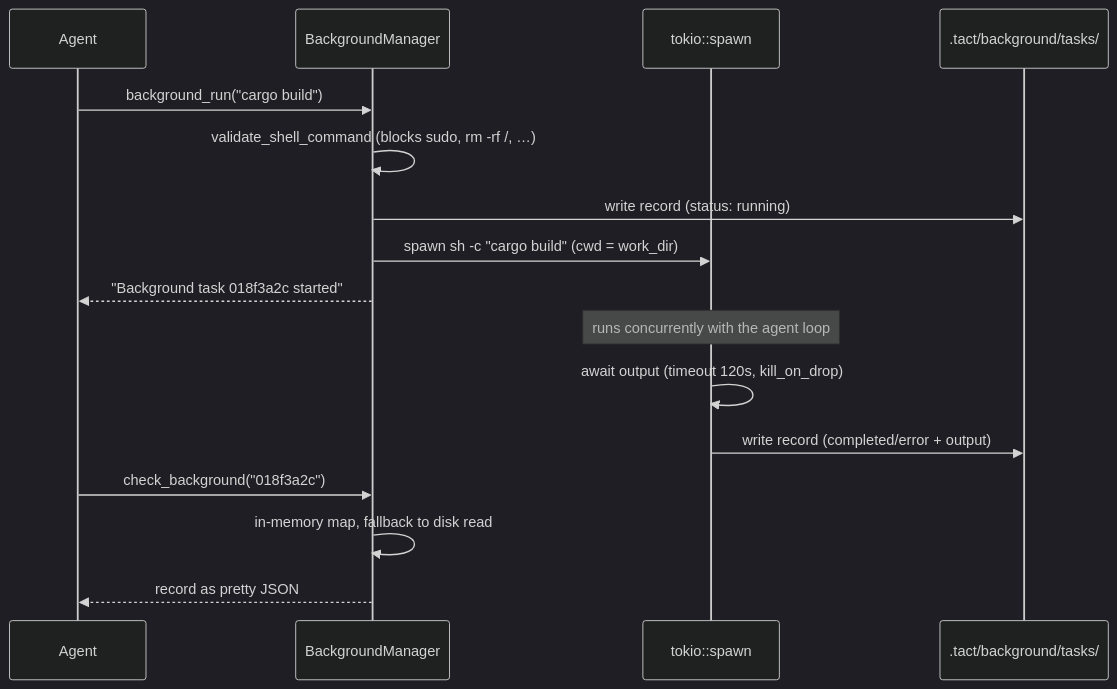
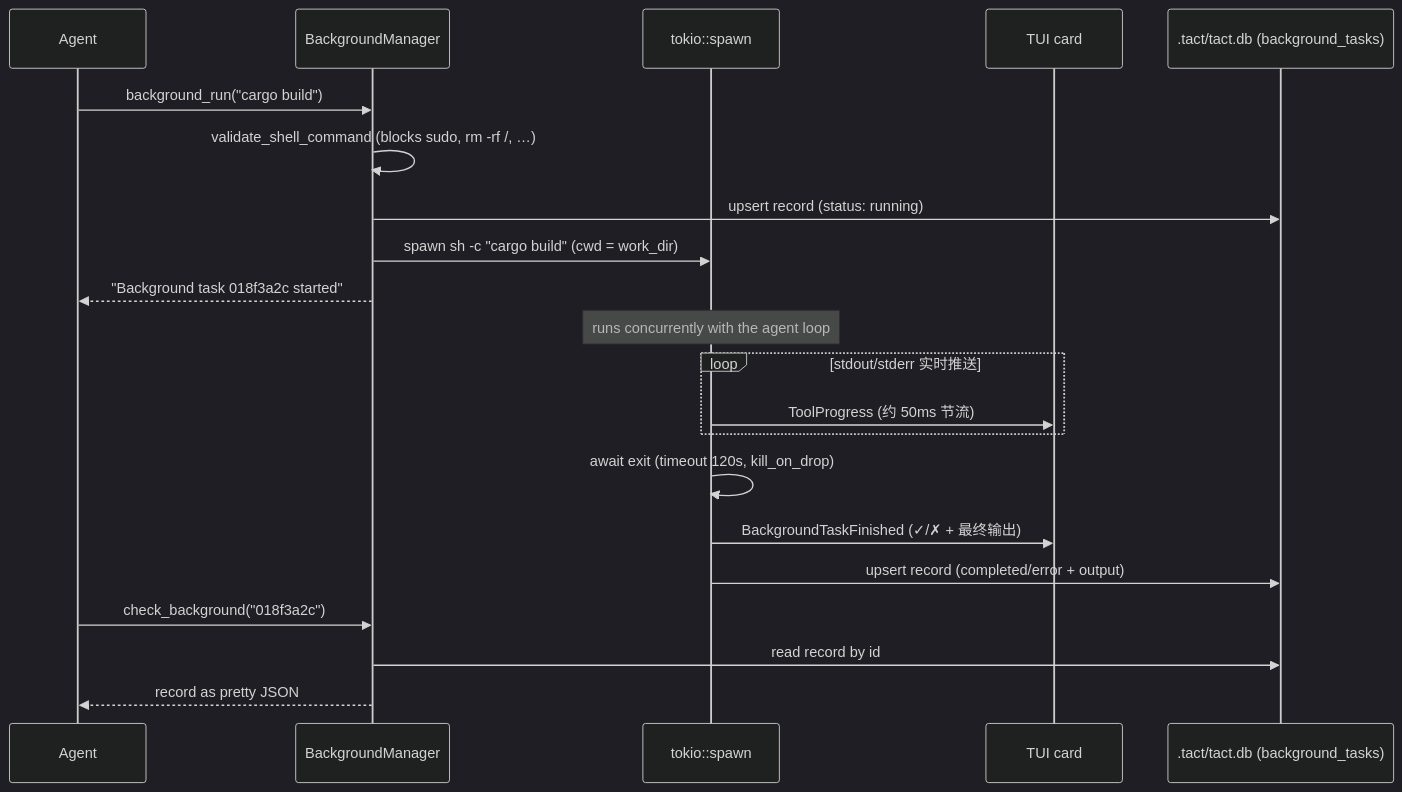
The diagram in book/13_chapter_background_zh.md (rust-infra/tact), drawn with Mermaid (dark theme) before and after one commit. The commit also changed other lines of this file and 344 other files, not shown here.

````diff
--- a/book/13_chapter_background_zh.md
+++ b/book/13_chapter_background_zh.md
@@ -51,22 +55,27 @@
 ```mermaid
 sequenceDiagram
     participant Agent
     participant BM as BackgroundManager
     participant Task as tokio::spawn
-    participant FS as .tact/background/tasks/
+    participant TUI as TUI card
+    participant DB as .tact/tact.db (background_tasks)
 
     Agent->>BM: background_run("cargo build")
     BM->>BM: validate_shell_command (blocks sudo, rm -rf /, …)
-    BM->>FS: write record (status: running)
+    BM->>DB: upsert record (status: running)
     BM->>Task: spawn sh -c "cargo build" (cwd = work_dir)
     BM-->>Agent: "Background task 018f3a2c started"
 
     Note over Task: runs concurrently with the agent loop
 
-    Task->>Task: await output (timeout 120s, kill_on_drop)
-    Task->>FS: write record (completed/error + output)
+    loop stdout/stderr 实时推送
+        Task->>TUI: ToolProgress (约 50ms 节流)
+    end
+    Task->>Task: await exit (timeout 120s, kill_on_drop)
+    Task->>TUI: BackgroundTaskFinished (✓/✗ + 最终输出)
+    Task->>DB: upsert record (completed/error + output)
 
     Agent->>BM: check_background("018f3a2c")
-    BM->>BM: in-memory map, fallback to disk read
+    BM->>DB: read record by id
     BM-->>Agent: record as pretty JSON
 ```
````
